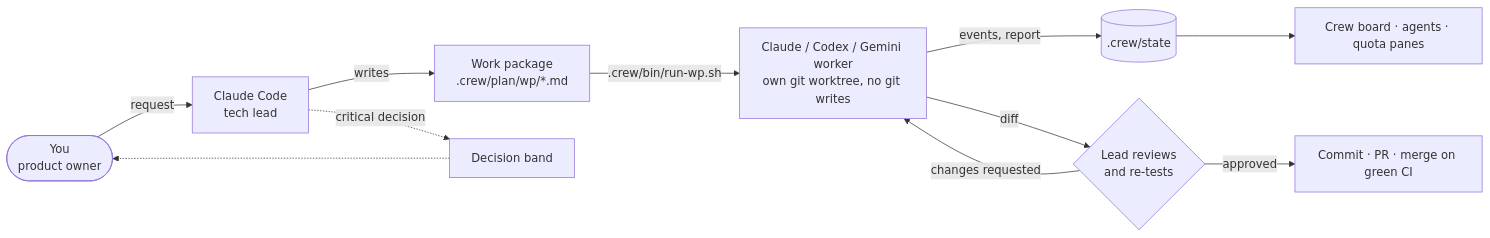
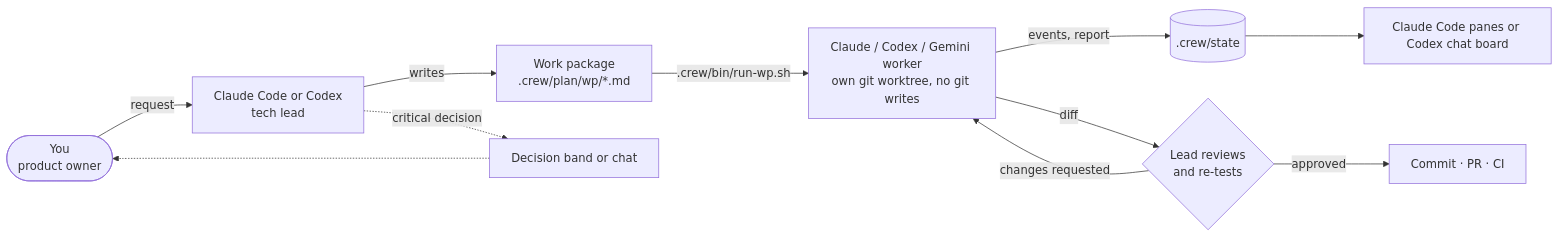
One commit to badblli/agent-crew changed the diagram in README.md. Above: the diagram before and after it, drawn with Mermaid. The commit also changed other lines of this file and 10 other files, not shown here.

First line of the commit message:
fix(crew): finish the Codex 0.5.5 rollout (#14)

````diff
--- a/README.md
+++ b/README.md
@@ -55,12 +47,12 @@
 ```mermaid
 flowchart LR
-  you([You<br/>product owner]) -->|request| lead[Claude Code<br/>tech lead]
+  you([You<br/>product owner]) -->|request| lead[Claude Code or Codex<br/>tech lead]
   lead -->|writes| wp[Work package<br/>.crew/plan/wp/*.md]
   wp -->|.crew/bin/run-wp.sh| w1[Claude / Codex / Gemini worker<br/>own git worktree, no git writes]
   w1 -->|events, report| state[(.crew/state)]
-  state --> panes[Crew board · agents · quota panes]
+  state --> board[Claude Code panes or Codex chat board]
   w1 -->|diff| review{Lead reviews<br/>and re-tests}
   review -->|changes requested| w1
-  review -->|approved| ship[Commit · PR · merge on green CI]
-  lead -.->|critical decision| band[Decision band] -.-> you
+  review -->|approved| ship[Commit · PR · CI]
+  lead -.->|critical decision| decision[Decision band or chat] -.-> you
 ```
````
